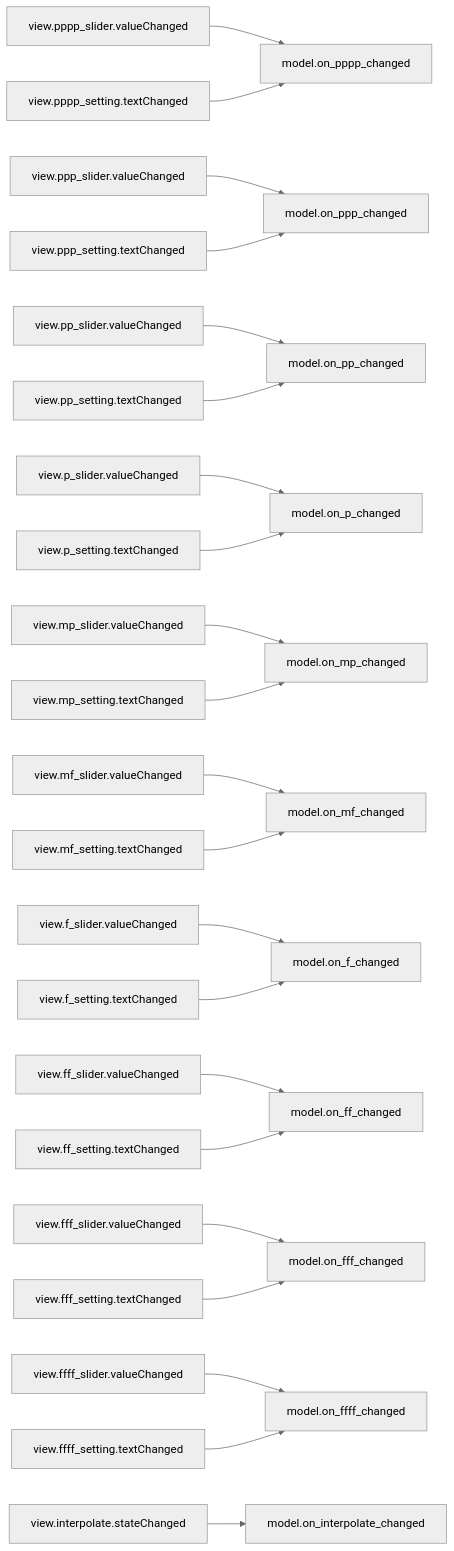
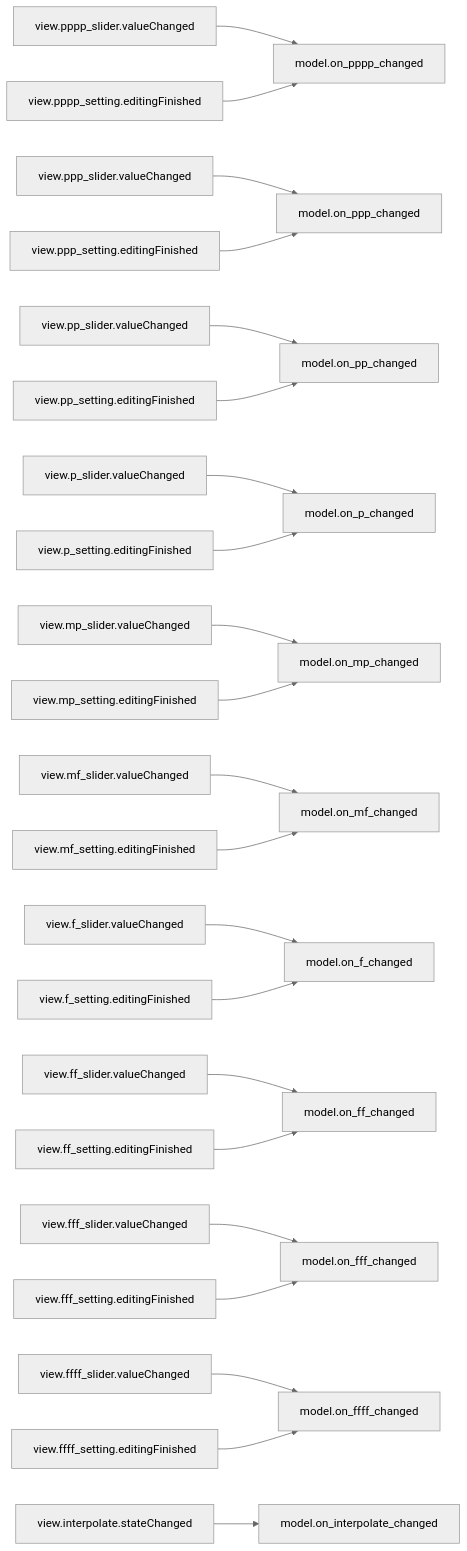
The third of 7 diagrams in doc/source/dashboard_signal_slot_map.rst (com-posers-pit/smw_music), drawn with Mermaid (neutral theme) before and after one commit. The commit also changed other lines of this file and 1 other file, not shown here.

First line of the commit message:
QLineEdit signals: s/textChanged/editingFinished

```diff
--- a/doc/source/dashboard_signal_slot_map.rst
+++ b/doc/source/dashboard_signal_slot_map.rst
@@ -44,24 +52,24 @@
 .. mermaid::
 
    flowchart LR
       view.pppp_slider.valueChanged --> model.on_pppp_changed
-      view.pppp_setting.textChanged --> model.on_pppp_changed
+      view.pppp_setting.editingFinished --> model.on_pppp_changed
       view.ppp_slider.valueChanged --> model.on_ppp_changed
-      view.ppp_setting.textChanged --> model.on_ppp_changed
+      view.ppp_setting.editingFinished --> model.on_ppp_changed
       view.pp_slider.valueChanged --> model.on_pp_changed
-      view.pp_setting.textChanged --> model.on_pp_changed
+      view.pp_setting.editingFinished --> model.on_pp_changed
       view.p_slider.valueChanged --> model.on_p_changed
-      view.p_setting.textChanged --> model.on_p_changed
+      view.p_setting.editingFinished --> model.on_p_changed
       view.mp_slider.valueChanged --> model.on_mp_changed
-      view.mp_setting.textChanged --> model.on_mp_changed
+      view.mp_setting.editingFinished --> model.on_mp_changed
       view.mf_slider.valueChanged --> model.on_mf_changed
-      view.mf_setting.textChanged --> model.on_mf_changed
+      view.mf_setting.editingFinished --> model.on_mf_changed
       view.f_slider.valueChanged --> model.on_f_changed
-      view.f_setting.textChanged --> model.on_f_changed
+      view.f_setting.editingFinished --> model.on_f_changed
       view.ff_slider.valueChanged --> model.on_ff_changed
-      view.ff_setting.textChanged --> model.on_ff_changed
+      view.ff_setting.editingFinished --> model.on_ff_changed
       view.fff_slider.valueChanged --> model.on_fff_changed
-      view.fff_setting.textChanged --> model.on_fff_changed
+      view.fff_setting.editingFinished --> model.on_fff_changed
       view.ffff_slider.valueChanged --> model.on_ffff_changed
-      view.ffff_setting.textChanged --> model.on_ffff_changed
+      view.ffff_setting.editingFinished --> model.on_ffff_changed
       A["view.interpolate.stateChanged"] --> model.on_interpolate_changed
```
